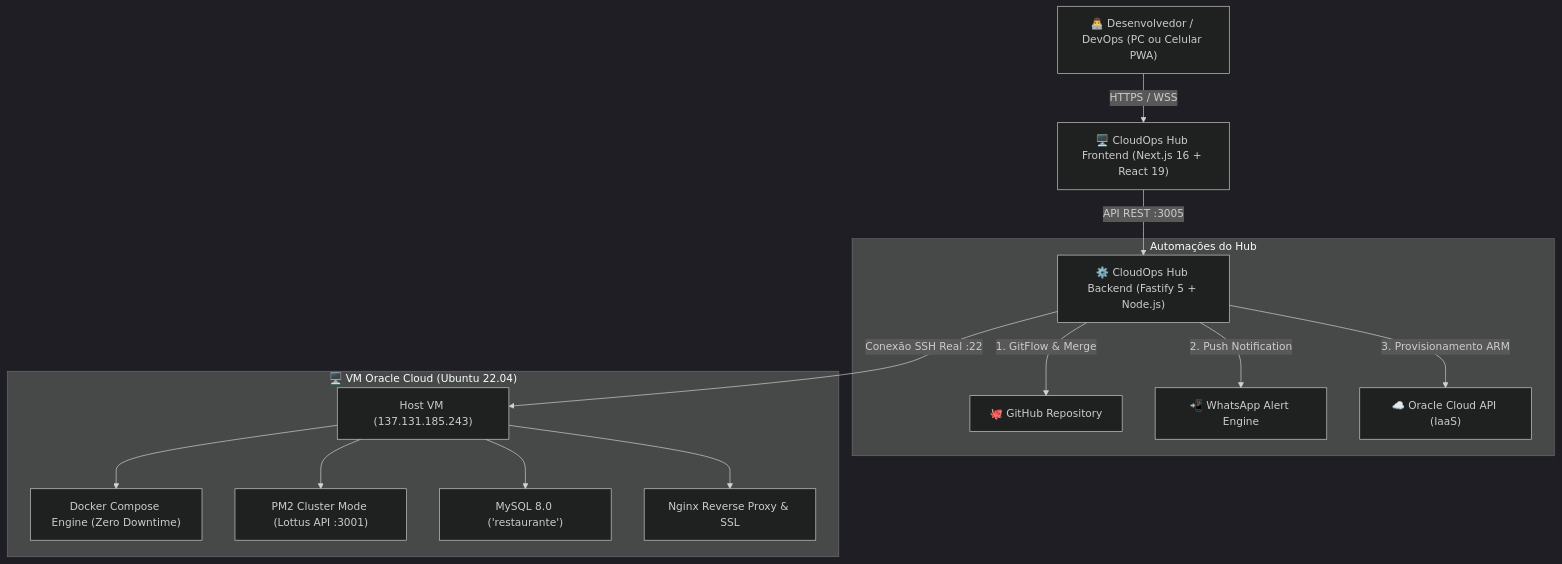
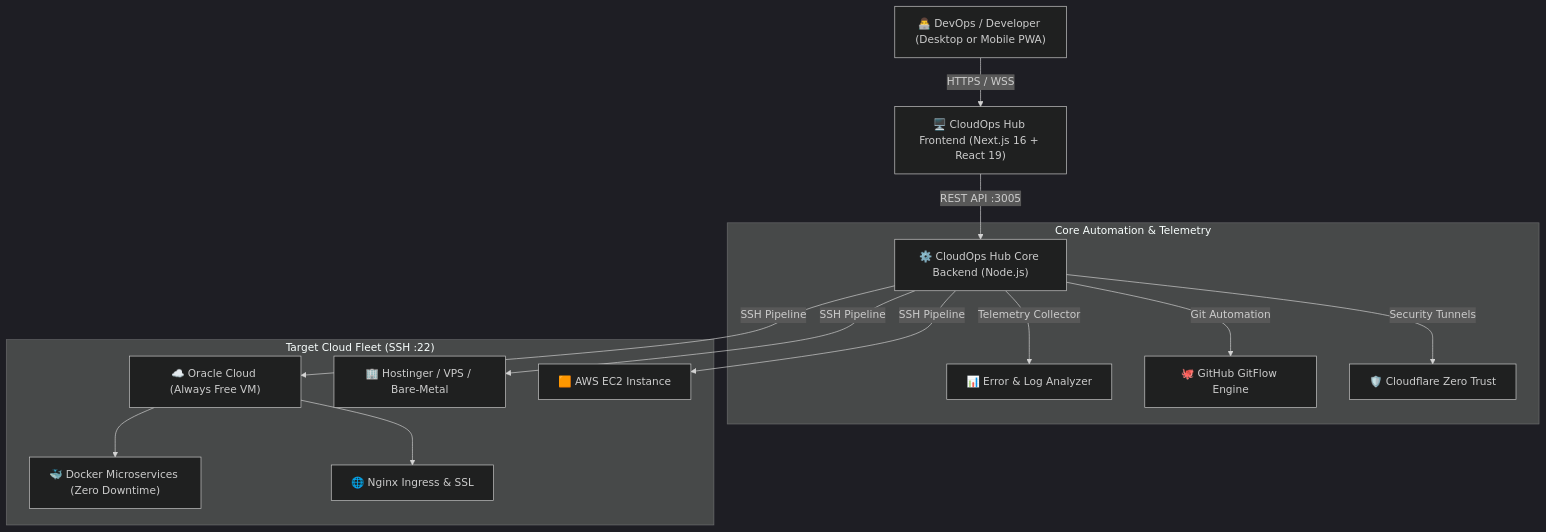
Before and after one commit to ViniScooper/CloudOps_Hub: the diagram in README.md, drawn with Mermaid (dark theme). The commit also changed other lines of this file and 2 other files, not shown here.

````diff
--- a/README.md
+++ b/README.md
@@ -33,19 +42,20 @@
 ```mermaid
 flowchart TD
-    User["👨‍💻 Desenvolvedor / DevOps (PC ou Celular PWA)"] -->|HTTPS / WSS| HubFrontend["🖥️ CloudOps Hub Frontend (Next.js 16 + React 19)"]
-    HubFrontend -->|API REST :3005| HubBackend["⚙️ CloudOps Hub Backend (Fastify 5 + Node.js)"]
+    User["👨‍💻 DevOps / Developer (Desktop or Mobile PWA)"] -->|HTTPS / WSS| HubUI["🖥️ CloudOps Hub Frontend (Next.js 16 + React 19)"]
+    HubUI -->|REST API :3005| HubAPI["⚙️ CloudOps Hub Core Backend (Node.js)"]
     
-    subgraph Automacoes["Automações do Hub"]
-        HubBackend -->|1. GitFlow & Merge| GitHubAPI["🐙 GitHub Repository"]
-        HubBackend -->|2. Push Notification| CallMeBot["📲 WhatsApp Alert Engine"]
-        HubBackend -->|3. Provisionamento ARM| OCIApi["☁️ Oracle Cloud API (IaaS)"]
+    subgraph Services["Core Automation & Telemetry"]
+        HubAPI -->|Telemetry Collector| LogEngine["📊 Error & Log Analyzer"]
+        HubAPI -->|Git Automation| GitEngine["🐙 GitHub GitFlow Engine"]
+        HubAPI -->|Security Tunnels| CloudflareEngine["🛡️ Cloudflare Zero Trust"]
     end
 
-    subgraph Nuvem_Oracle["🖥️ VM Oracle Cloud (Ubuntu 22.04)"]
-        HubBackend -->|Conexão SSH Real :22| VmHost["Host VM (137.131.185.243)"]
-        VmHost --> DockerEng["Docker Compose Engine (Zero Downtime)"]
-        VmHost --> PM2Eng["PM2 Cluster Mode (Lottus API :3001)"]
-        VmHost --> MySQLDb["MySQL 8.0 ('restaurante')"]
-        VmHost --> NginxProxy["Nginx Reverse Proxy & SSL"]
+    subgraph Infrastructure["Target Cloud Fleet (SSH :22)"]
+        HubAPI -->|SSH Pipeline| OCI["☁️ Oracle Cloud (Always Free VM)"]
+        HubAPI -->|SSH Pipeline| VPS["🏢 Hostinger / VPS / Bare-Metal"]
+        HubAPI -->|SSH Pipeline| AWS["🟧 AWS EC2 Instance"]
+        
+        OCI --> DockerFleet["🐳 Docker Microservices (Zero Downtime)"]
+        OCI --> NginxProxy["🌐 Nginx Ingress & SSL"]
     end
 ```
````
